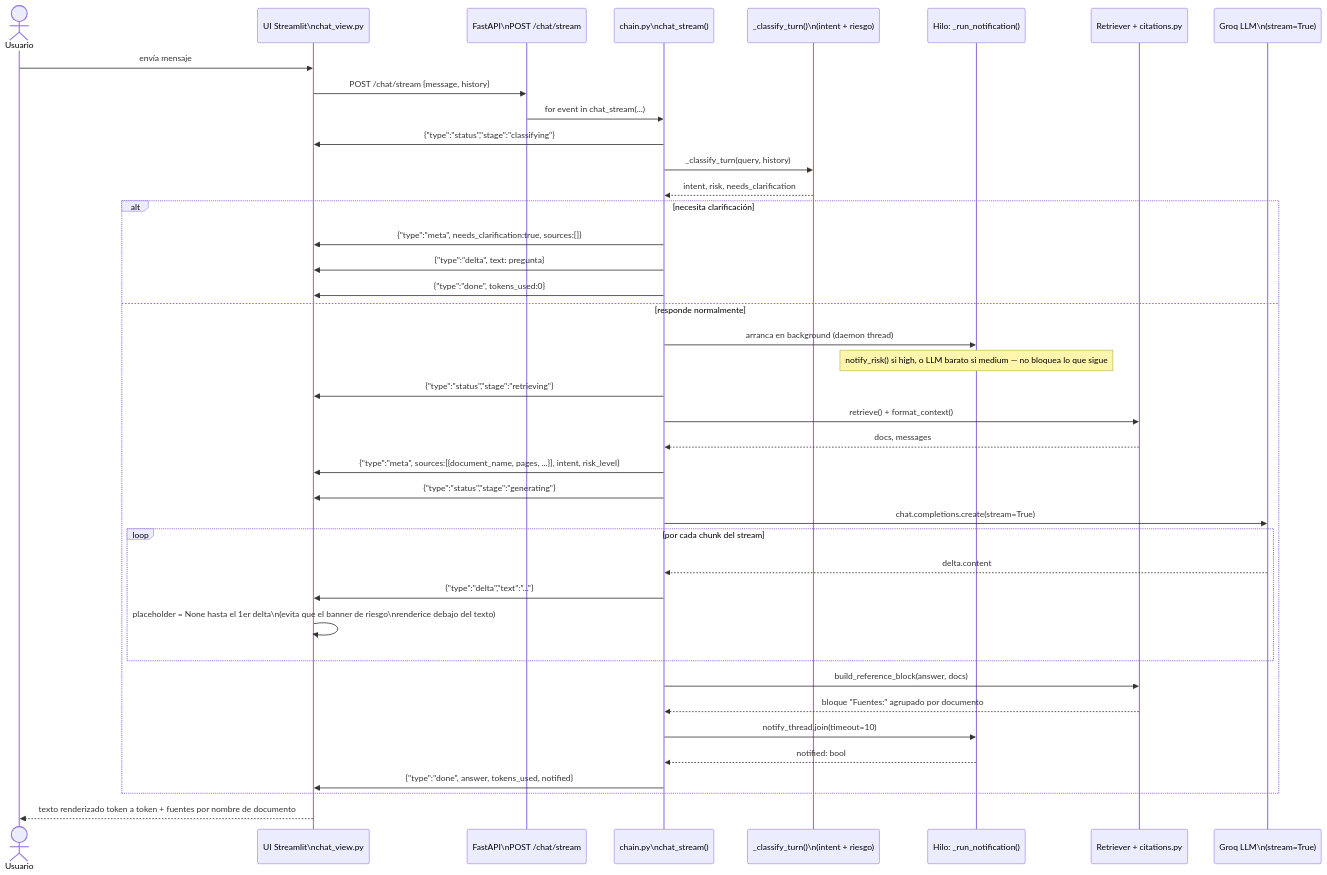
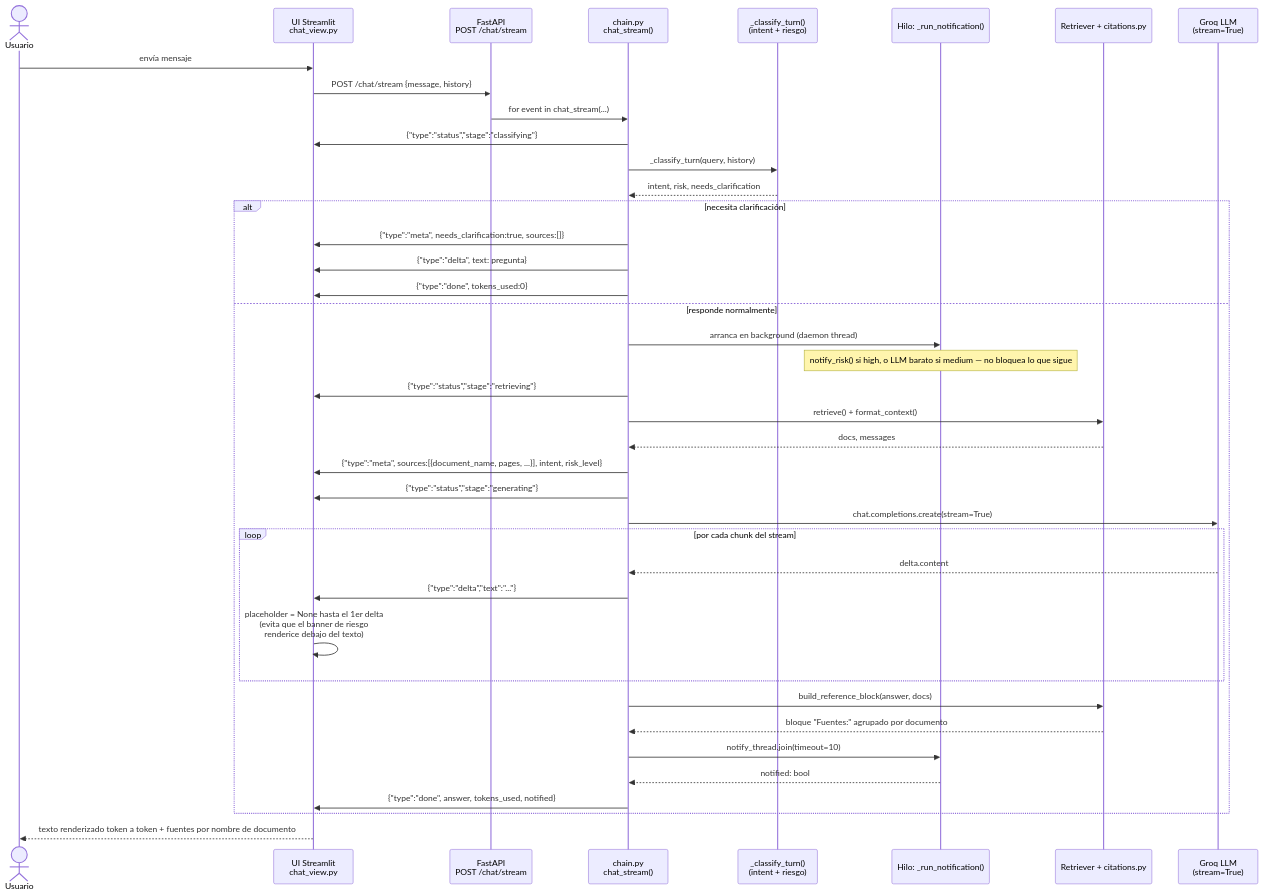
The seventh of 9 diagrams in docs/DOCUMENTACION.md (elrios893/maternas-rag), drawn with Mermaid before and after one commit. The commit also changed other lines of this file and 1 other file, not shown here.

First line of the commit message:
fix(docs): saltos de linea en los diagramas de secuencia mermaid

````diff
--- a/docs/DOCUMENTACION.md
+++ b/docs/DOCUMENTACION.md
@@ -678,45 +678,45 @@
 ```mermaid
 sequenceDiagram
     actor U as Usuario
-    participant ST as UI Streamlit\nchat_view.py
-    participant API as FastAPI\nPOST /chat/stream
-    participant CHAIN as chain.py\nchat_stream()
-    participant CLS as _classify_turn()\n(intent + riesgo)
+    participant ST as UI Streamlit<br/>chat_view.py
+    participant API as FastAPI<br/>POST /chat/stream
+    participant CHAIN as chain.py<br/>chat_stream()
+    participant CLS as _classify_turn()<br/>(intent + riesgo)
     participant NT as Hilo: _run_notification()
     participant RTR as Retriever + citations.py
-    participant GROQ as Groq LLM\n(stream=True)
+    participant GROQ as Groq LLM<br/>(stream=True)
 
     U->>ST: envía mensaje
     ST->>API: POST /chat/stream {message, history}
     API->>CHAIN: for event in chat_stream(...)
 
     CHAIN->>ST: {"type":"status","stage":"classifying"}
     CHAIN->>CLS: _classify_turn(query, history)
     CLS-->>CHAIN: intent, risk, needs_clarification
 
     alt necesita clarificación
         CHAIN->>ST: {"type":"meta", needs_clarification:true, sources:[]}
         CHAIN->>ST: {"type":"delta", text: pregunta}
         CHAIN->>ST: {"type":"done", tokens_used:0}
     else responde normalmente
         CHAIN->>NT: arranca en background (daemon thread)
         Note over NT: notify_risk() si high, o LLM barato si medium — no bloquea lo que sigue
         CHAIN->>ST: {"type":"status","stage":"retrieving"}
         CHAIN->>RTR: retrieve() + format_context()
         RTR-->>CHAIN: docs, messages
         CHAIN->>ST: {"type":"meta", sources:[{document_name, pages, ...}], intent, risk_level}
         CHAIN->>ST: {"type":"status","stage":"generating"}
         CHAIN->>GROQ: chat.completions.create(stream=True)
         loop por cada chunk del stream
             GROQ-->>CHAIN: delta.content
             CHAIN->>ST: {"type":"delta","text":"..."}
-            ST->>ST: placeholder = None hasta el 1er delta\n(evita que el banner de riesgo\nrenderice debajo del texto)
+            ST->>ST: placeholder = None hasta el 1er delta<br/>(evita que el banner de riesgo<br/>renderice debajo del texto)
         end
         CHAIN->>RTR: build_reference_block(answer, docs)
         RTR-->>CHAIN: bloque "Fuentes:" agrupado por documento
         CHAIN->>NT: notify_thread.join(timeout=10)
         NT-->>CHAIN: notified: bool
         CHAIN->>ST: {"type":"done", answer, tokens_used, notified}
     end
     ST-->>U: texto renderizado token a token + fuentes por nombre de documento
 ```
````
